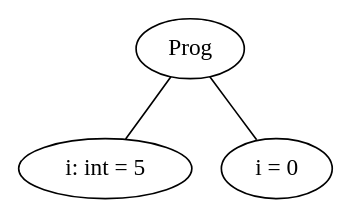
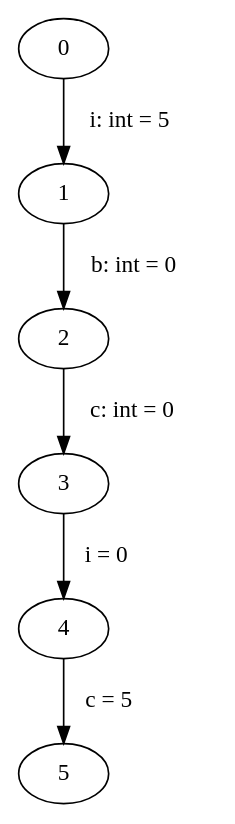
One commit to FloKes/ProgramAnalysis changed the diagram in src/main/java/graphviz/input.dot. Above: the diagram before and after it, drawn with Graphviz. The commit also changed 7 other files, not shown here.

Commit message:
Graph generates for basic code

```diff
--- a/src/main/java/graphviz/input.dot
+++ b/src/main/java/graphviz/input.dot
@@ -1,3 +1,7 @@
-graph ASTGraph{"Prog" -- "i: int = 5" 
-"Prog" -- "i = 0" 
+digraph ProgramGraph{
+"0" -> "1" [label="  i: int = 5   "] 
+"1" -> "2" [label="  b: int = 0   "] 
+"2" -> "3" [label="  c: int = 0   "] 
+"3" -> "4" [label="  i = 0   "] 
+"4" -> "5" [label="  c = 5   "] 
 }
```
